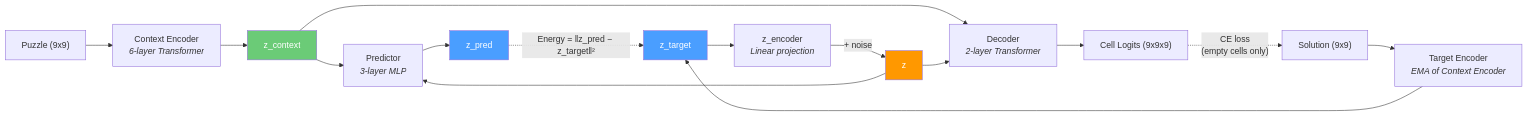
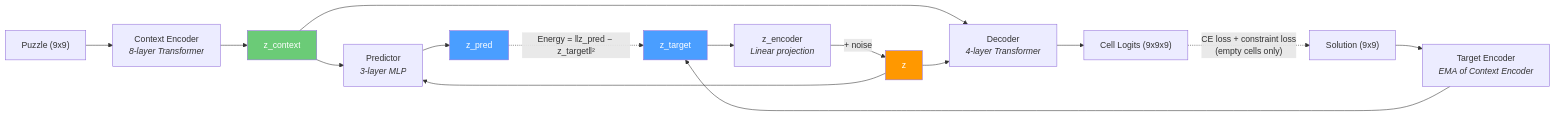
One commit to MVPandey/EBM changed the first of 2 diagrams in README.md. Above: the diagram before and after it, drawn with Mermaid. The commit also changed other lines of this file and 5 other files, not shown here.

First line of the commit message:
Scale architecture to ~50M params; condense docs; add training plots

````diff
--- a/README.md
+++ b/README.md
@@ -20,25 +20,25 @@
 ```mermaid
 graph LR
-    puzzle["Puzzle (9x9)"] --> CE["Context Encoder<br/><i>6-layer Transformer</i>"]
+    puzzle["Puzzle (9x9)"] --> CE["Context Encoder<br/><i>8-layer Transformer</i>"]
     CE --> z_ctx["z_context"]
     z_ctx --> P["Predictor<br/><i>3-layer MLP</i>"]
     z["z"] --> P
     P --> z_pred["z_pred"]
 
     solution["Solution (9x9)"] --> TE["Target Encoder<br/><i>EMA of Context Encoder</i>"]
     TE --> z_tgt["z_target"]
     z_tgt --> ZE["z_encoder<br/><i>Linear projection</i>"]
     ZE -- "+ noise" --> z
 
     z_pred -. "Energy = ‖z_pred − z_target‖²" .-> z_tgt
 
-    z_ctx --> D["Decoder<br/><i>2-layer Transformer</i>"]
+    z_ctx --> D["Decoder<br/><i>4-layer Transformer</i>"]
     z --> D
     D --> logits["Cell Logits (9x9x9)"]
-    logits -. "CE loss<br/>(empty cells only)" .-> solution
+    logits -. "CE loss + constraint loss<br/>(empty cells only)" .-> solution
 
     style z_pred fill:#4a9eff,color:#fff
     style z_tgt fill:#4a9eff,color:#fff
     style z_ctx fill:#6bcb77,color:#fff
     style z fill:#ff9800,color:#fff
 ```
````
